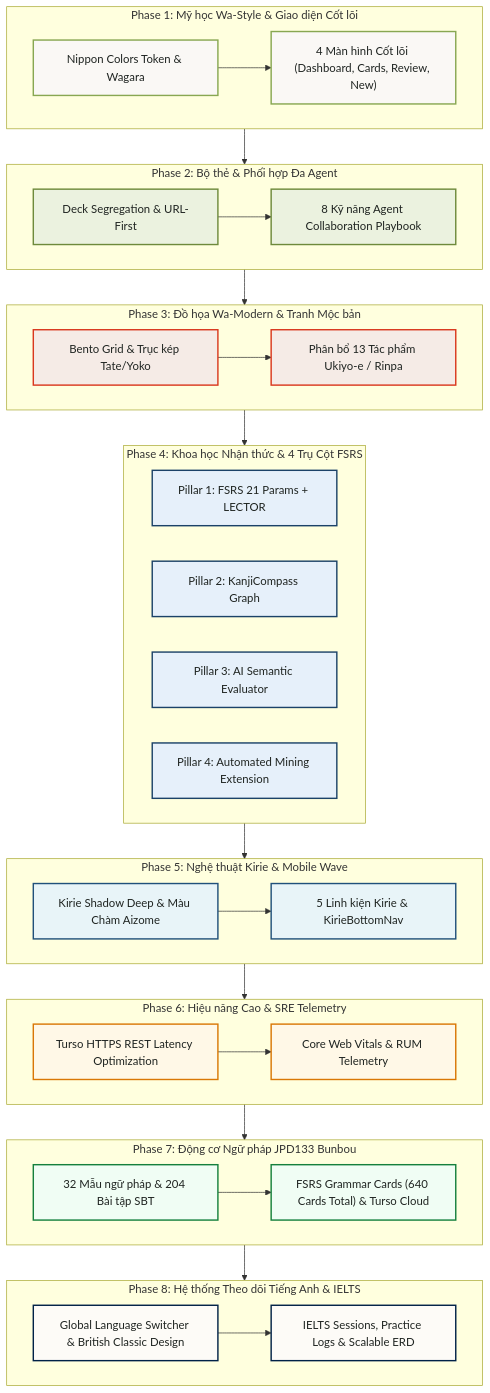
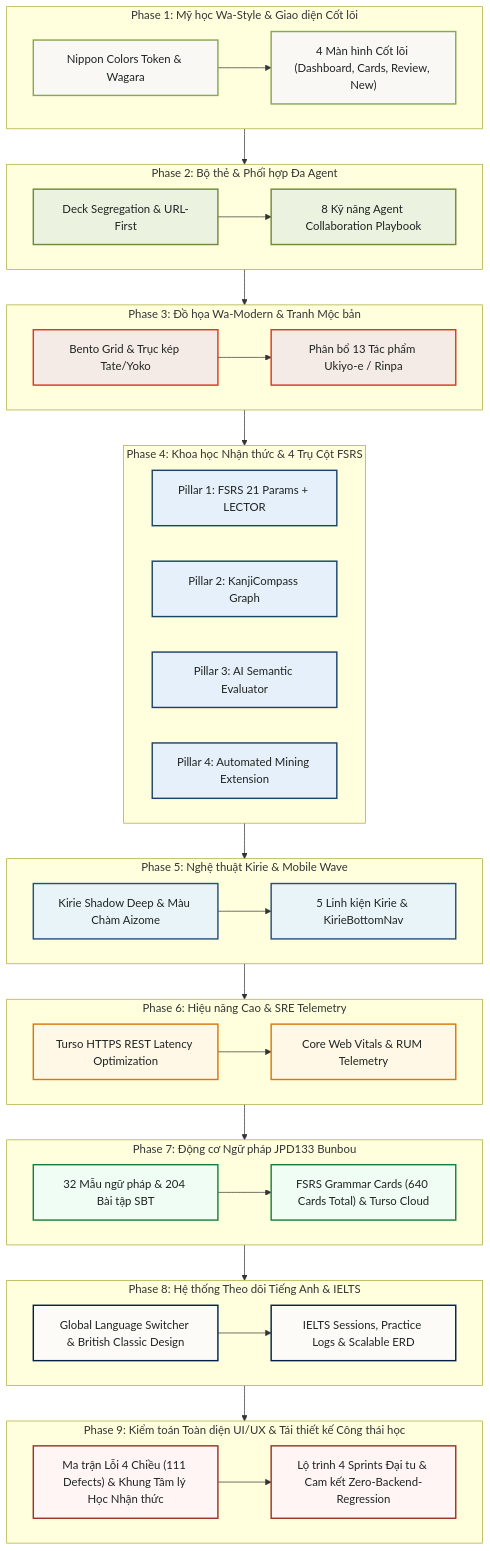
One commit to egbertbritannia-cpu/japanese-srs-system changed the diagram in planning/README.md. Above: the diagram before and after it, drawn with Mermaid. The commit also changed other lines of this file and 30 other files, not shown here.

````diff
--- a/planning/README.md
+++ b/planning/README.md
@@ -43,48 +47,53 @@
 ```mermaid
 graph TD
     classDef phase1 fill:#FAF8F5,stroke:#88A752,stroke-width:2px,color:#1F2421;
     classDef phase2 fill:#EBF2DF,stroke:#6E8A3C,stroke-width:2px,color:#1F2421;
     classDef phase3 fill:#F5EBE6,stroke:#D9381E,stroke-width:2px,color:#1F2421;
     classDef phase4 fill:#E6F0FA,stroke:#1B4268,stroke-width:2px,color:#1F2421;
     classDef phase5 fill:#E8F4F8,stroke:#20507B,stroke-width:2px,color:#1F2421;
     classDef phase6 fill:#FFF8E7,stroke:#D97706,stroke-width:2px,color:#1F2421;
     classDef phase7 fill:#F0FDF4,stroke:#15803D,stroke-width:2px,color:#1F2421;
     classDef phase8 fill:#FDFBF7,stroke:#002147,stroke-width:2px,color:#1F2421;
+    classDef phase9 fill:#FFF5F5,stroke:#9E3223,stroke-width:2px,color:#1F2421;
 
     subgraph P1 ["Phase 1: Mỹ học Wa-Style & Giao diện Cốt lõi"]
         A1["Nippon Colors Token & Wagara"]:::phase1 --> A2["4 Màn hình Cốt lõi (Dashboard, Cards, Review, New)"]:::phase1
     end
 
     subgraph P2 ["Phase 2: Bộ thẻ & Phối hợp Đa Agent"]
         B1["Deck Segregation & URL-First"]:::phase2 --> B2["8 Kỹ năng Agent Collaboration Playbook"]:::phase2
     end
 
     subgraph P3 ["Phase 3: Đồ họa Wa-Modern & Tranh Mộc bản"]
         C1["Bento Grid & Trục kép Tate/Yoko"]:::phase3 --> C2["Phân bổ 13 Tác phẩm Ukiyo-e / Rinpa"]:::phase3
     end
 
     subgraph P4 ["Phase 4: Khoa học Nhận thức & 4 Trụ Cột FSRS"]
         D1["Pillar 1: FSRS 21 Params + LECTOR"]:::phase4
         D2["Pillar 2: KanjiCompass Graph"]:::phase4
         D3["Pillar 3: AI Semantic Evaluator"]:::phase4
         D4["Pillar 4: Automated Mining Extension"]:::phase4
     end
 
     subgraph P5 ["Phase 5: Nghệ thuật Kirie & Mobile Wave"]
         E1["Kirie Shadow Deep & Màu Chàm Aizome"]:::phase5 --> E2["5 Linh kiện Kirie & KirieBottomNav"]:::phase5
     end
 
     subgraph P6 ["Phase 6: Hiệu năng Cao & SRE Telemetry"]
         F1["Turso HTTPS REST Latency Optimization"]:::phase6 --> F2["Core Web Vitals & RUM Telemetry"]:::phase6
     end
 
     subgraph P7 ["Phase 7: Động cơ Ngữ pháp JPD133 Bunbou"]
         G1["32 Mẫu ngữ pháp & 204 Bài tập SBT"]:::phase7 --> G2["FSRS Grammar Cards (640 Cards Total) & Turso Cloud"]:::phase7
     end
 
     subgraph P8 ["Phase 8: Hệ thống Theo dõi Tiếng Anh & IELTS"]
         H1["Global Language Switcher & British Classic Design"]:::phase8 --> H2["IELTS Sessions, Practice Logs & Scalable ERD"]:::phase8
     end
 
-    P1 --> P2 --> P3 --> P4 --> P5 --> P6 --> P7 --> P8
+    subgraph P9 ["Phase 9: Kiểm toán Toàn diện UI/UX & Tái thiết kế Công thái học"]
+        I1["Ma trận Lỗi 4 Chiều (111 Defects) & Khung Tâm lý Học Nhận thức"]:::phase9 --> I2["Lộ trình 4 Sprints Đại tu & Cam kết Zero-Backend-Regression"]:::phase9
+    end
+
+    P1 --> P2 --> P3 --> P4 --> P5 --> P6 --> P7 --> P8 --> P9
 ```
````
